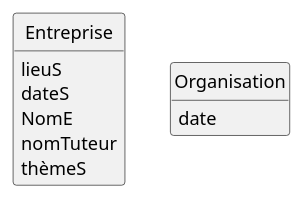
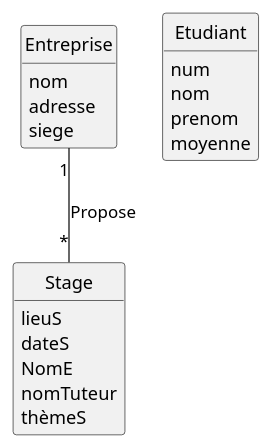
Before and after one commit to IUT-Blagnac/bcoo-LordHugo02: the diagram in TD3/exo1.plantuml, drawn with PlantUML.

Commit message:
update 3 classes

```diff
--- a/TD3/exo1.plantuml
+++ b/TD3/exo1.plantuml
@@ -1,31 +1,48 @@
 @startuml Titre
 '--------------------------------
 ' Parametres pour le dessin
 '--------------------------------
 '--http://iut-blagnac.github.io/POO/TD3.html--
 hide circle
 hide empty members
 hide empty methods
 '--------------------------------
 
 
-class Entreprise
+class Stage
 {
     lieuS
     dateS
     NomE 
     nomTuteur
     thèmeS
 }
 
-class Organisation
+class Entreprise
 {
-    date
+    nom 
+    adresse 
+    siege
 }
+
+class Etudiant
+{
+    num 
+    nom 
+    prenom 
+    moyenne 
+}
+
+
+Entreprise "1" -- "*" Stage : Propose
+
+
+
+
 
 
 
 
 
 
 @enduml
```
